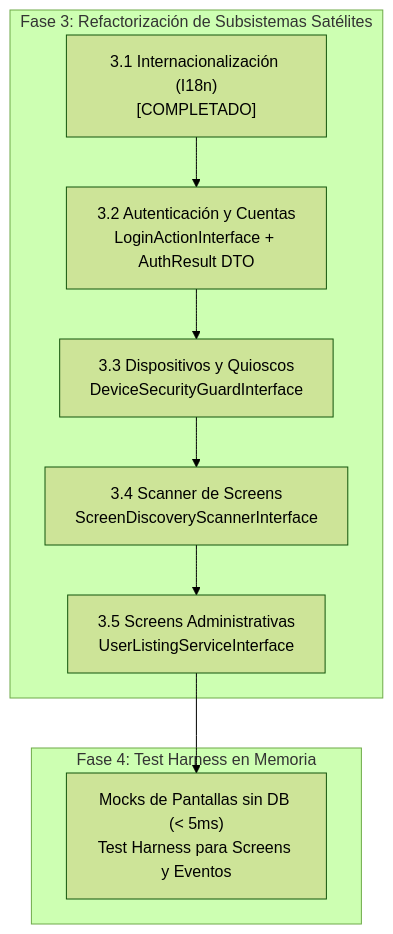
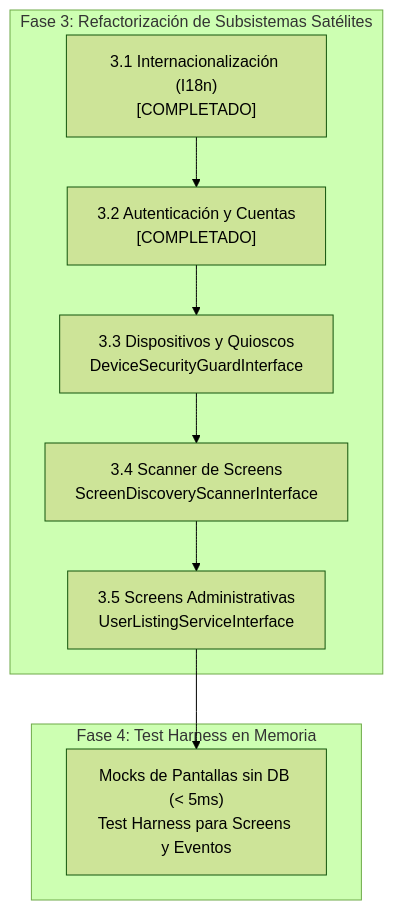
The diagram in docs/HANDOVER_REFACTORING_SOLIDO_FASE3_Y_4.md (idei/usim-framework), drawn with Mermaid (forest theme) before and after one commit. The commit also changed other lines of this file and 21 other files, not shown here.

First line of the commit message:
refactor(auth): implement Action Pattern for authentication screens and services

````diff
--- a/docs/HANDOVER_REFACTORING_SOLIDO_FASE3_Y_4.md
+++ b/docs/HANDOVER_REFACTORING_SOLIDO_FASE3_Y_4.md
@@ -47,20 +55,20 @@
 ```mermaid
 flowchart TD
     subgraph Fase3 ["Fase 3: Refactorización de Subsistemas Satélites"]
         F31["3.1 Internacionalización (I18n)\n[COMPLETADO]"]
-        F32["3.2 Autenticación y Cuentas\nLoginActionInterface + AuthResult DTO"]
+        F32["3.2 Autenticación y Cuentas\n[COMPLETADO]"]
         F33["3.3 Dispositivos y Quioscos\nDeviceSecurityGuardInterface"]
         F34["3.4 Scanner de Screens\nScreenDiscoveryScannerInterface"]
         F35["3.5 Screens Administrativas\nUserListingServiceInterface"]
     end
 
     subgraph Fase4 ["Fase 4: Test Harness en Memoria"]
         F41["Mocks de Pantallas sin DB (< 5ms)\nTest Harness para Screens y Eventos"]
     end
 
     F31 --> F32
     F32 --> F33
     F33 --> F34
     F34 --> F35
     F35 --> F41
 ```
````
